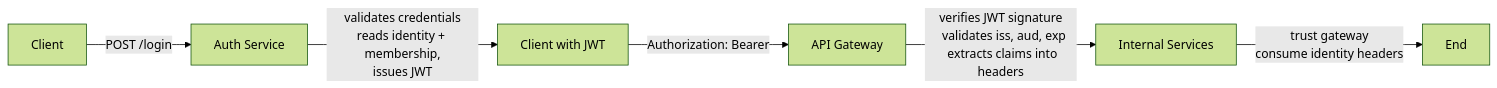
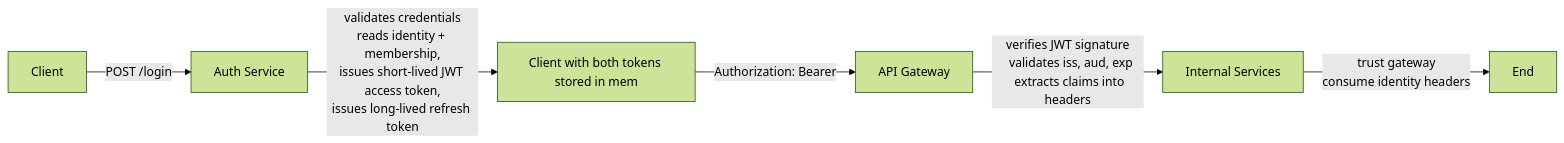
One commit to Tata-Matata/family-space changed the first of 2 diagrams in apps/auth-service/README.md. Above: the diagram before and after it, drawn with Mermaid (forest theme). The commit also changed other lines of this file, not shown here.

Commit message:
README for refreshing tokens

````diff
--- a/apps/auth-service/README.md
+++ b/apps/auth-service/README.md
@@ -29,12 +29,13 @@
 ```mermaid
 flowchart LR
 
 A[Client]-->|POST /login|B[Auth Service]-->|validates credentials
 reads identity + membership,
-issues JWT|C[Client with JWT]-->|Authorization: Bearer <JWT>|D[API Gateway]-->| verifies JWT signature
+issues short-lived JWT access token,
+issues long-lived refresh token|C[Client with both tokens stored in mem]-->|Authorization: Bearer <JWT>|D[API Gateway]-->| verifies JWT signature
   validates iss, aud, exp
   extracts claims into headers|E[Internal Services]--> | 
   trust gateway
   consume identity headers|F[End]
 
 ```
````
